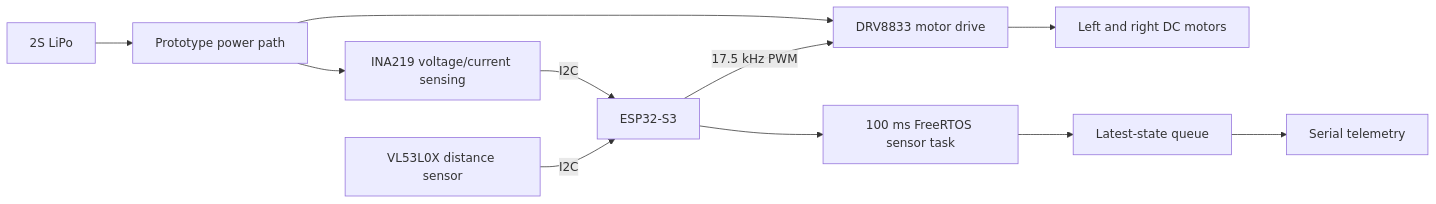
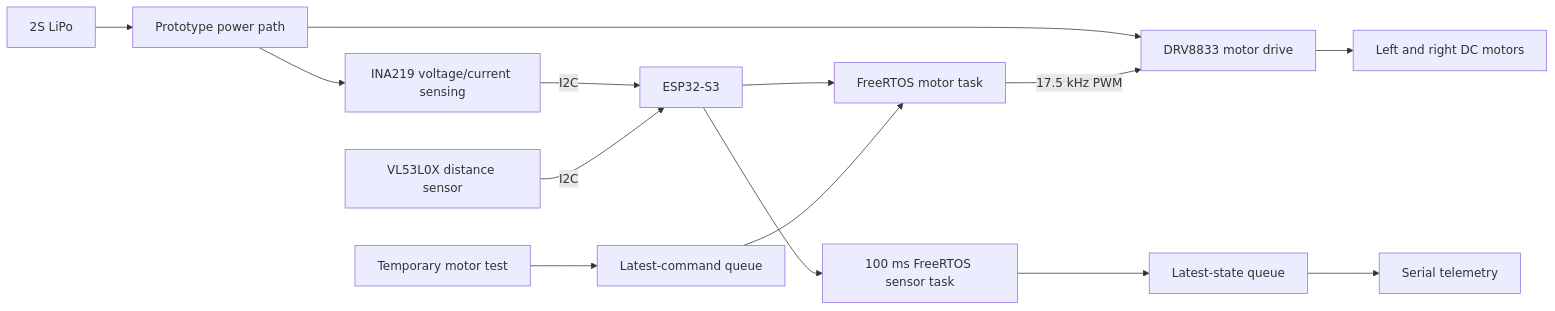
The diagram in README.md (marcoavolpini/DriveWire), drawn with Mermaid before and after one commit. The commit also changed other lines of this file and 1 other file, not shown here.

Commit message:
docs: refresh README for completed PCB and motor task

````diff
--- a/README.md
+++ b/README.md
@@ -36,13 +36,16 @@
 ```mermaid
 flowchart LR
     LIPO[2S LiPo] --> PATH[Prototype power path]
     PATH --> INA[INA219 voltage/current sensing]
     PATH --> DRV[DRV8833 motor drive]
     DRV --> MOTORS[Left and right DC motors]
-    ESP[ESP32-S3] -->|17.5 kHz PWM| DRV
+    ESP[ESP32-S3] --> MOTOR[FreeRTOS motor task]
+    TEST[Temporary motor test] --> COMMAND[Latest-command queue]
+    COMMAND --> MOTOR
+    MOTOR -->|17.5 kHz PWM| DRV
     INA -->|I2C| ESP
     TOF[VL53L0X distance sensor] -->|I2C| ESP
     ESP --> TASK[100 ms FreeRTOS sensor task]
     TASK --> QUEUE[Latest-state queue]
     QUEUE --> SERIAL[Serial telemetry]
 ```
````
